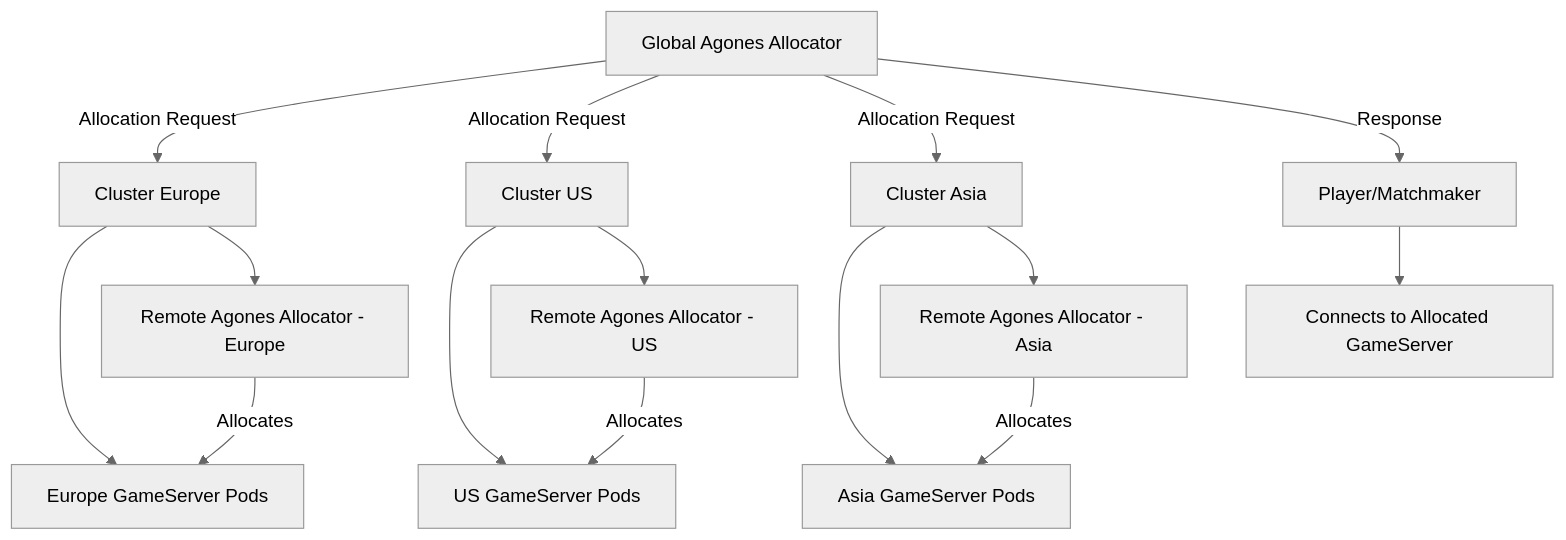
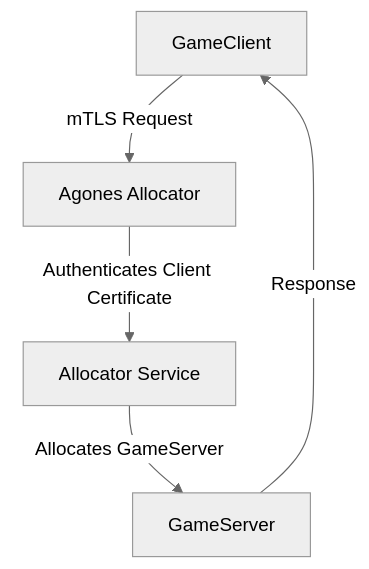
Before and after one commit to Teviwe/misc_drafts: the fifth of 6 diagrams in agones/agones_overview.md, drawn with Mermaid (neutral theme). The commit also changed other lines of this file, not shown here.

````diff
--- a/agones/agones_overview.md
+++ b/agones/agones_overview.md
@@ -158,17 +213,7 @@
 ```mermaid
 graph TD;
-    A[Global Agones Allocator] -->|Allocation Request| B[Cluster Europe];
-    A -->|Allocation Request| C[Cluster US];
-    A -->|Allocation Request| D[Cluster Asia];
-    B --> E[Europe GameServer Pods];
-    C --> F[US GameServer Pods];
-    D --> G[Asia GameServer Pods];
-    B --> H[Remote Agones Allocator - Europe];
-    C --> I[Remote Agones Allocator - US];
-    D --> J[Remote Agones Allocator - Asia];
-    H -->|Allocates| E;
-    I -->|Allocates| F;
-    J -->|Allocates| G;
-    A -->|Response| K[Player/Matchmaker];
-    K --> L[Connects to Allocated GameServer];
+    A[GameClient] -->|mTLS Request| B[Agones Allocator];
+    B -->|Authenticates Client Certificate| C[Allocator Service];
+    C -->|Allocates GameServer| D[GameServer];
+    D -->|Response| A;
 ```
````
